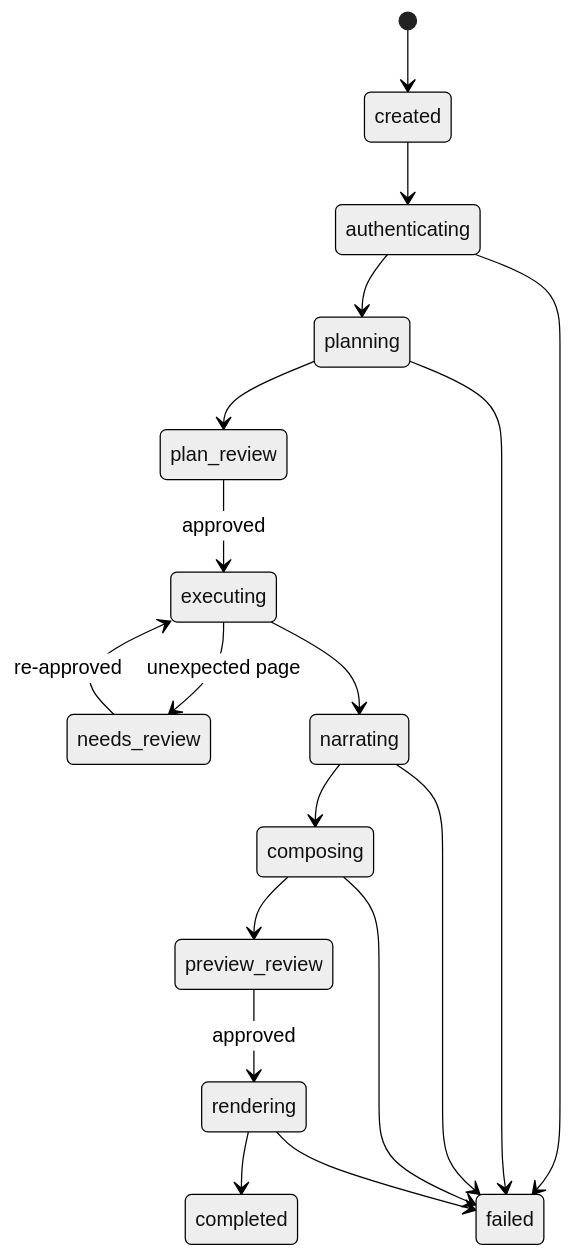
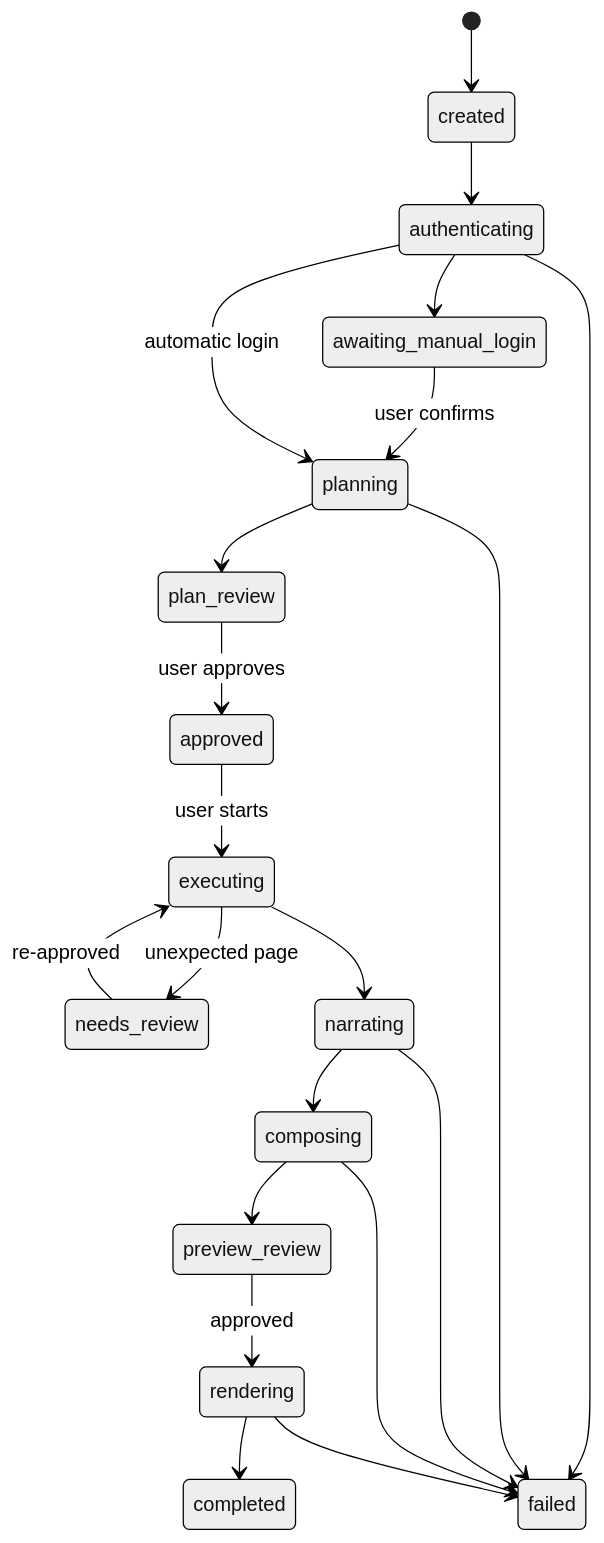
The second of 2 diagrams in docs/plans/2026-07-14-opencode-manual-video-studio-design.md (flybywind2/manual_video_generator), drawn with Mermaid (neutral theme) before and after one commit. The commit also changed other lines of this file and 1 other file, not shown here.

Commit message:
docs: plan OpenCode manual video studio rebuild

````diff
--- a/docs/plans/2026-07-14-opencode-manual-video-studio-design.md
+++ b/docs/plans/2026-07-14-opencode-manual-video-studio-design.md
@@ -101,20 +104,23 @@
 ```mermaid
 stateDiagram-v2
     [*] --> created
     created --> authenticating
-    authenticating --> planning
+    authenticating --> awaiting_manual_login
+    awaiting_manual_login --> planning: user confirms
+    authenticating --> planning: automatic login
     planning --> plan_review
-    plan_review --> executing: approved
+    plan_review --> approved: user approves
+    approved --> executing: user starts
     executing --> needs_review: unexpected page
     needs_review --> executing: re-approved
     executing --> narrating
     narrating --> composing
     composing --> preview_review
     preview_review --> rendering: approved
     rendering --> completed
     authenticating --> failed
     planning --> failed
     narrating --> failed
     composing --> failed
     rendering --> failed
 ```
````
